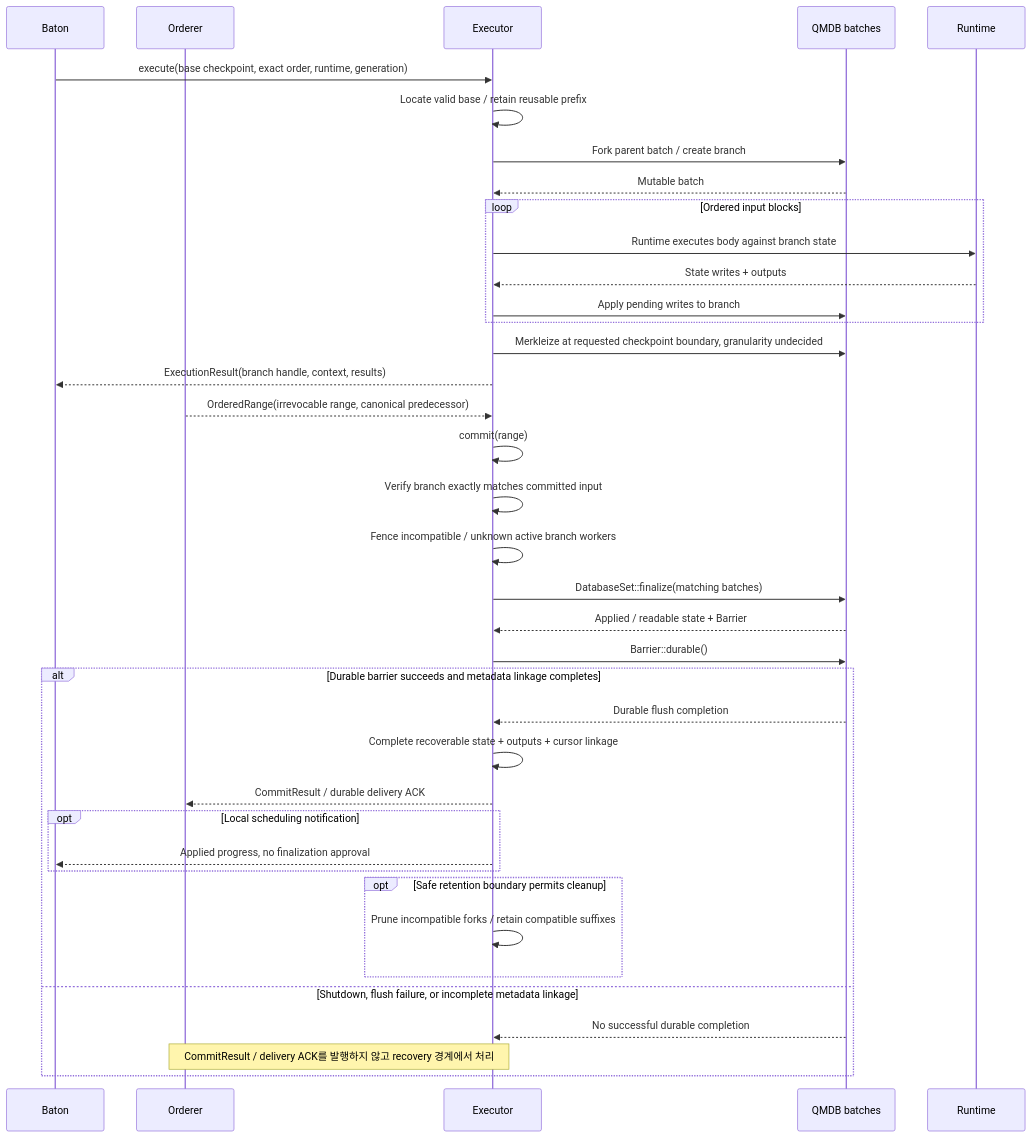
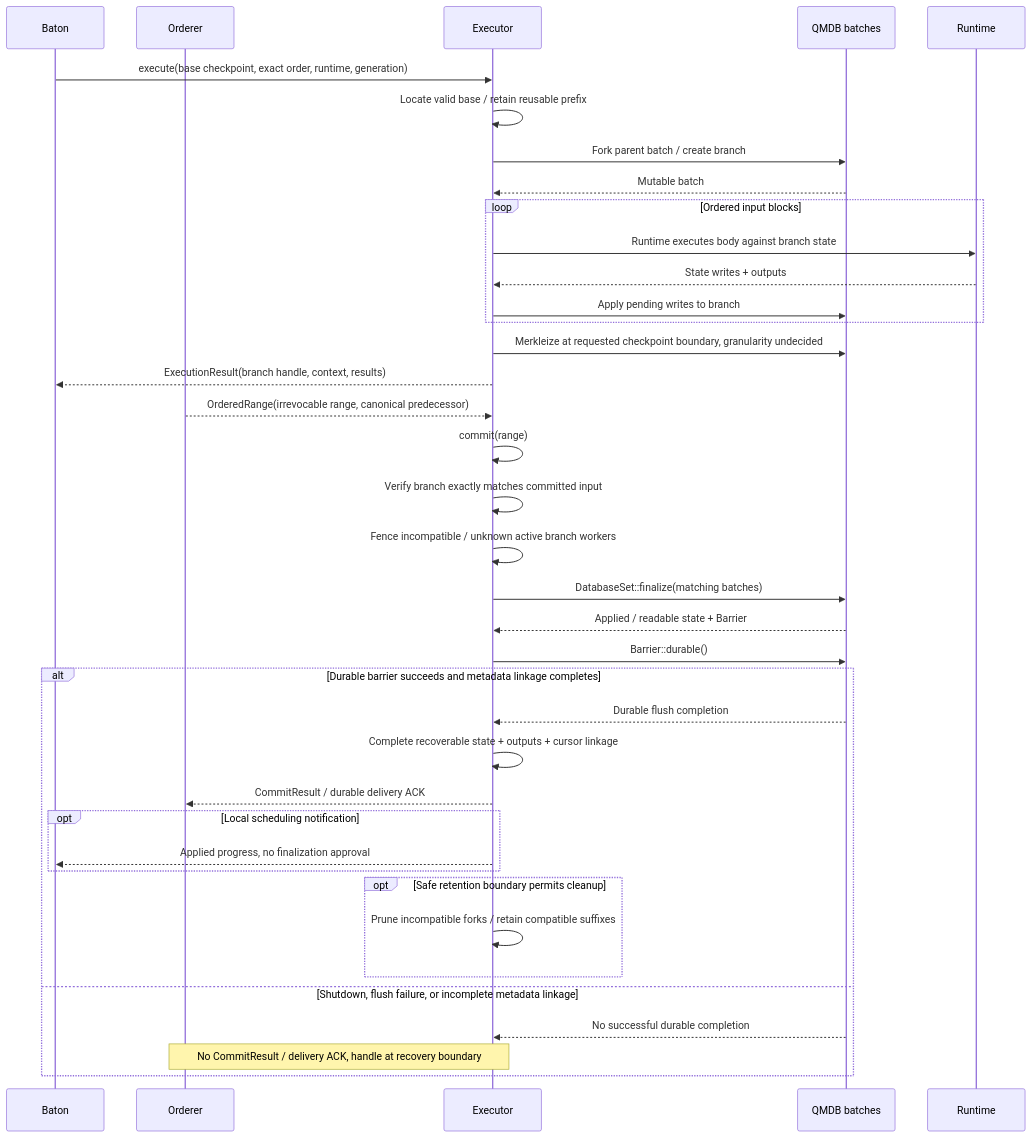
Before and after one commit to djm07073/baton-research: the second of 2 diagrams in docs/e2e/canonical.md, drawn with Mermaid. The commit also changed other lines of this file and 99 other files, not shown here.

````diff
--- a/docs/e2e/canonical.md
+++ b/docs/e2e/canonical.md
@@ -38,40 +38,40 @@
 ```mermaid
 sequenceDiagram
     participant B as Baton
     participant M as Orderer
     participant O as Executor
     participant Q as QMDB batches
     participant A as Runtime
     B->>O: execute(base checkpoint, exact order, runtime, generation)
     O->>O: Locate valid base / retain reusable prefix
     O->>Q: Fork parent batch / create branch
     Q-->>O: Mutable batch
     loop Ordered input blocks
         O->>A: Runtime executes body against branch state
         A-->>O: State writes + outputs
         O->>Q: Apply pending writes to branch
     end
     O->>Q: Merkleize at requested checkpoint boundary, granularity undecided
     O-->>B: ExecutionResult(branch handle, context, results)
     M-->>O: OrderedRange(irrevocable range, canonical predecessor)
     O->>O: commit(range)
     O->>O: Verify branch exactly matches committed input
     O->>O: Fence incompatible / unknown active branch workers
     O->>Q: DatabaseSet::finalize(matching batches)
     Q-->>O: Applied / readable state + Barrier
     O->>Q: Barrier::durable()
     alt Durable barrier succeeds and metadata linkage completes
         Q-->>O: Durable flush completion
         O->>O: Complete recoverable state + outputs + cursor linkage
         O-->>M: CommitResult / durable delivery ACK
         opt Local scheduling notification
             O-->>B: Applied progress, no finalization approval
         end
         opt Safe retention boundary permits cleanup
             O->>O: Prune incompatible forks / retain compatible suffixes
         end
     else Shutdown, flush failure, or incomplete metadata linkage
         Q-->>O: No successful durable completion
-        Note over M,O: CommitResult / delivery ACK를 발행하지 않고 recovery 경계에서 처리
+        Note over M,O: No CommitResult / delivery ACK, handle at recovery boundary
     end
 ```
````
